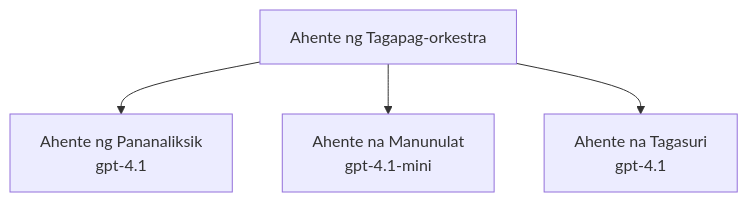
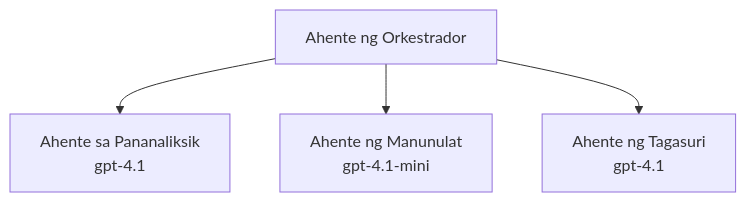
The third of 3 diagrams in translations/tl/docs/chapter-02-ai-development/agents.md (microsoft/AZD-for-beginners), drawn with Mermaid before and after one commit. The commit also changed other lines of this file and 58 other files, not shown here.

````diff
--- a/translations/tl/docs/chapter-02-ai-development/agents.md
+++ b/translations/tl/docs/chapter-02-ai-development/agents.md
@@ -201,6 +201,6 @@
 ```mermaid
 graph TD
-    Orchestrator[Ahente ng Tagapag-orkestra] --> Research[Ahente ng Pananaliksik<br/>gpt-4.1]
-    Orchestrator --> Writer[Ahente na Manunulat<br/>gpt-4.1-mini]
-    Orchestrator --> Reviewer[Ahente na Tagasuri<br/>gpt-4.1]
+    Orchestrator[Ahente ng Orkestrador] --> Research[Ahente sa Pananaliksik<br/>gpt-4.1]
+    Orchestrator --> Writer[Ahente ng Manunulat<br/>gpt-4.1-mini]
+    Orchestrator --> Reviewer[Ahente ng Tagasuri<br/>gpt-4.1]
 ```
````
